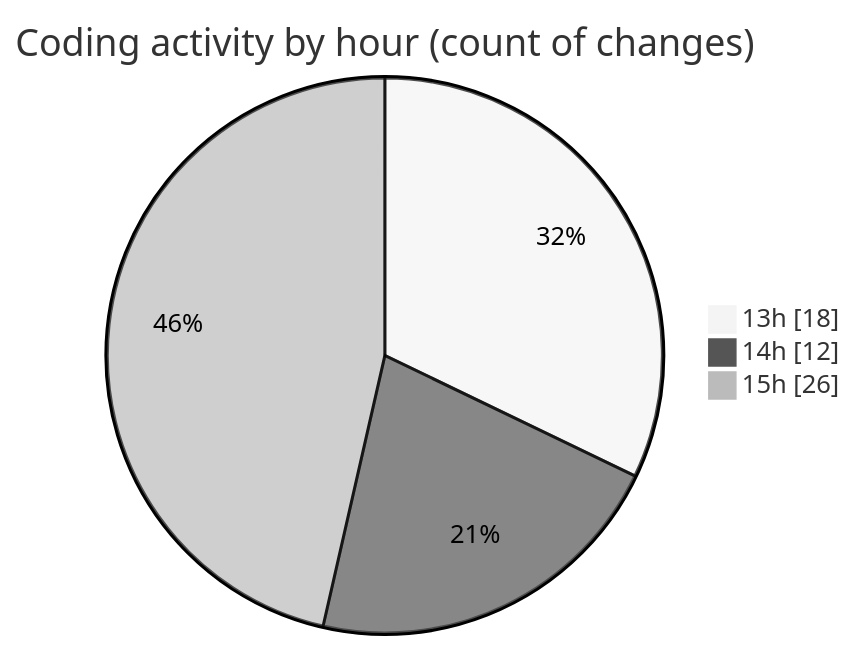
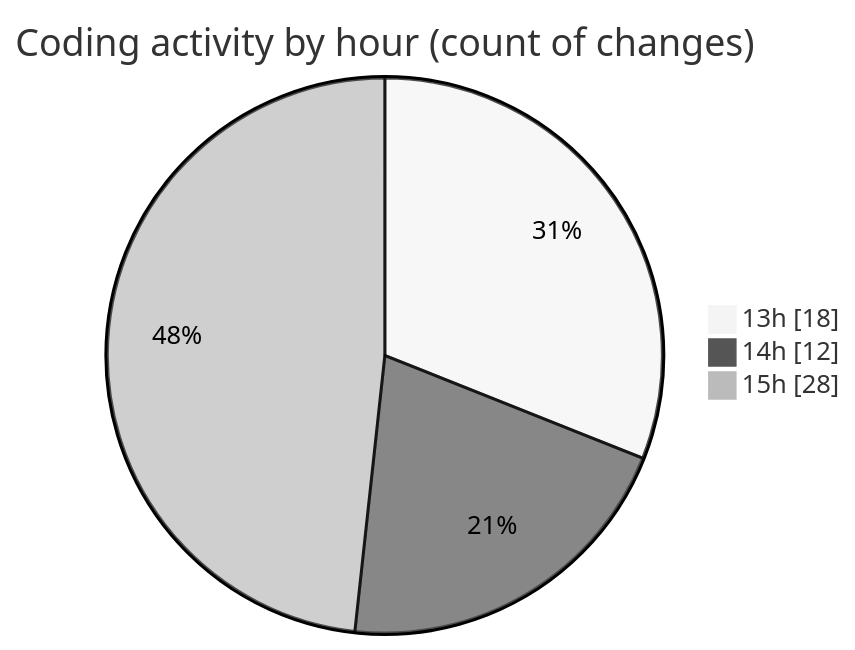
The second of 2 diagrams in 2025-06-16/studio-backend/README.md (idhammustaqopulfikri/code-tracking), drawn with Mermaid (neutral theme) before and after one commit. The commit also changed other lines of this file and 1 other file, not shown here.

````diff
--- a/2025-06-16/studio-backend/README.md
+++ b/2025-06-16/studio-backend/README.md
@@ -39,7 +40,7 @@
 ```mermaid
 pie showData
 title Coding activity by hour (count of changes)
 "13h" : 18
 "14h" : 12
-"15h" : 26
+"15h" : 28
 ```
````
